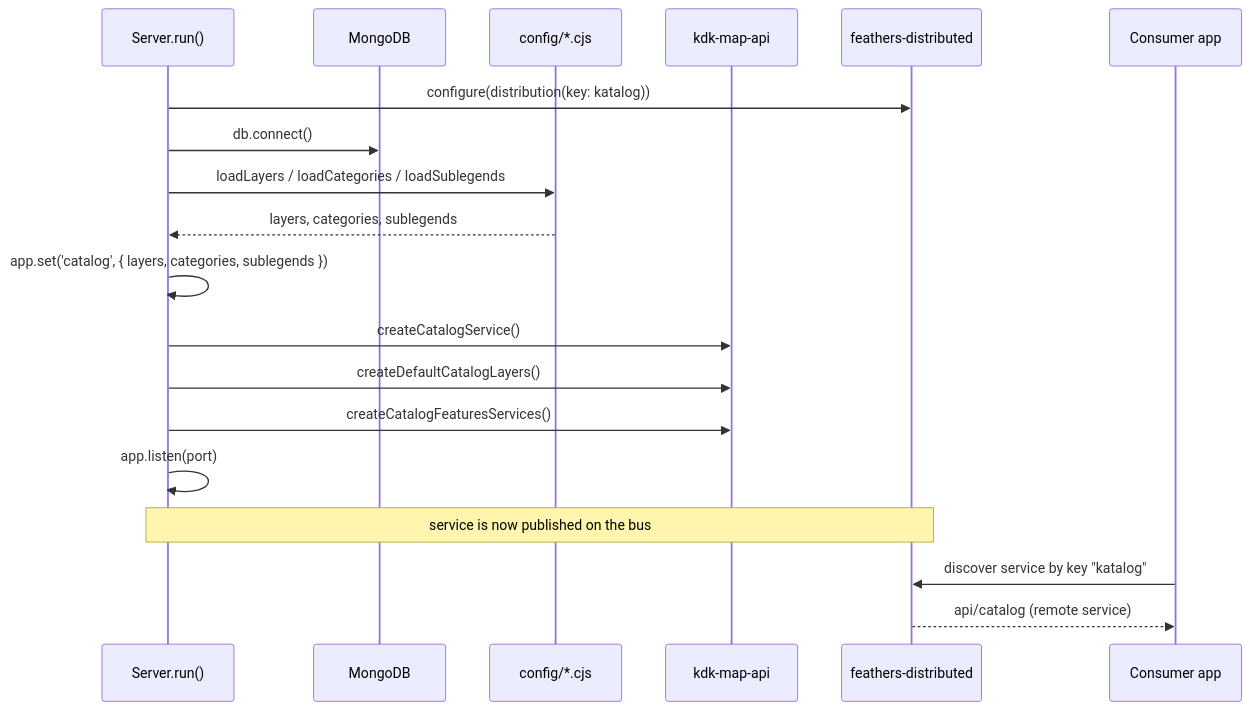
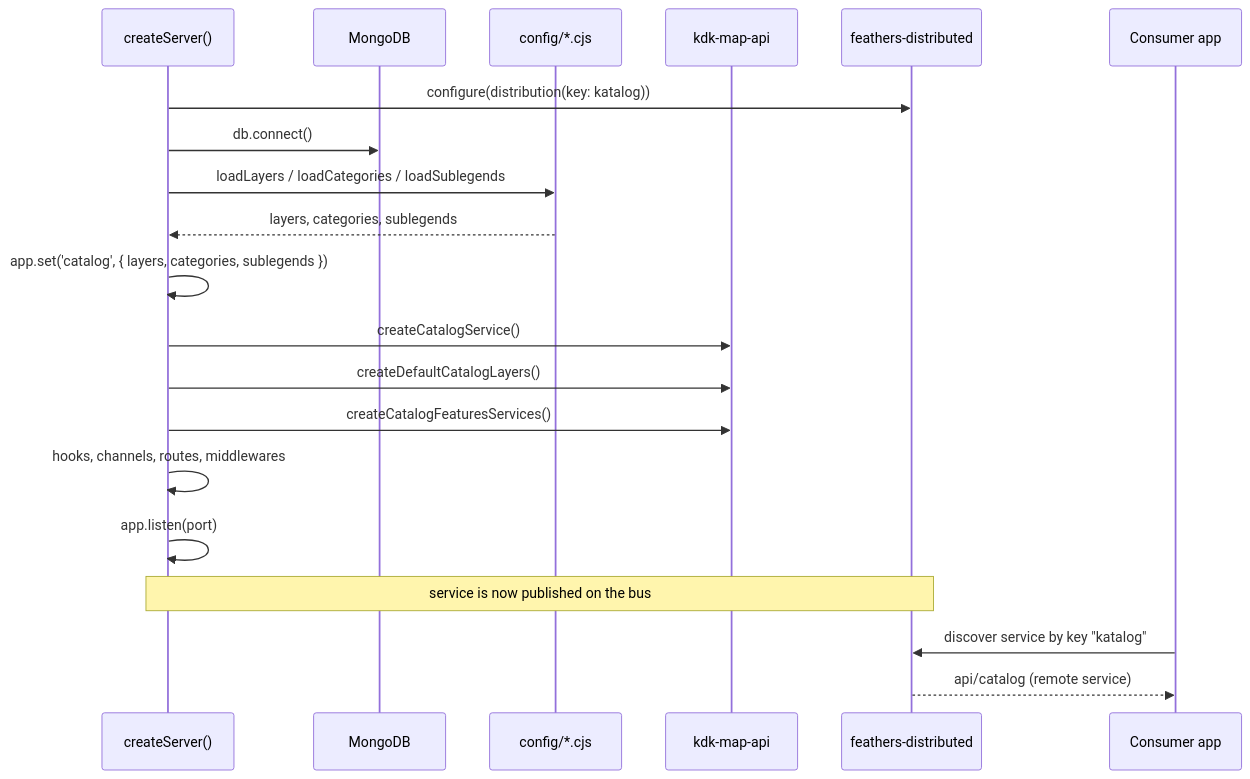
One commit to kalisio/service-ekosystem changed the second of 2 diagrams in docs/packages/service-katalog/index.md. Above: the diagram before and after it, drawn with Mermaid. The commit also changed other lines of this file and 2 other files, not shown here.

````diff
--- a/docs/packages/service-katalog/index.md
+++ b/docs/packages/service-katalog/index.md
@@ -71,22 +80,23 @@
 ```mermaid
 sequenceDiagram
-  participant S as Server.run()
+  participant S as createServer()
   participant DB as MongoDB
   participant FS as config/*.cjs
   participant KDK as kdk-map-api
   participant D as feathers-distributed
   participant C as Consumer app
 
   S->>D: configure(distribution(key: katalog))
   S->>DB: db.connect()
   S->>FS: loadLayers / loadCategories / loadSublegends
   FS-->>S: layers, categories, sublegends
   S->>S: app.set('catalog', { layers, categories, sublegends })
   S->>KDK: createCatalogService()
   S->>KDK: createDefaultCatalogLayers()
   S->>KDK: createCatalogFeaturesServices()
+  S->>S: hooks, channels, routes, middlewares
   S->>S: app.listen(port)
   Note over S,D: service is now published on the bus
   C->>D: discover service by key "katalog"
   D-->>C: api/catalog (remote service)
 ```
````
